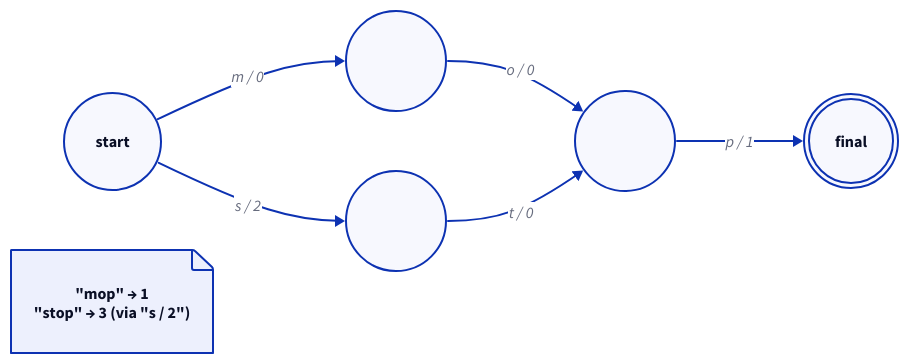
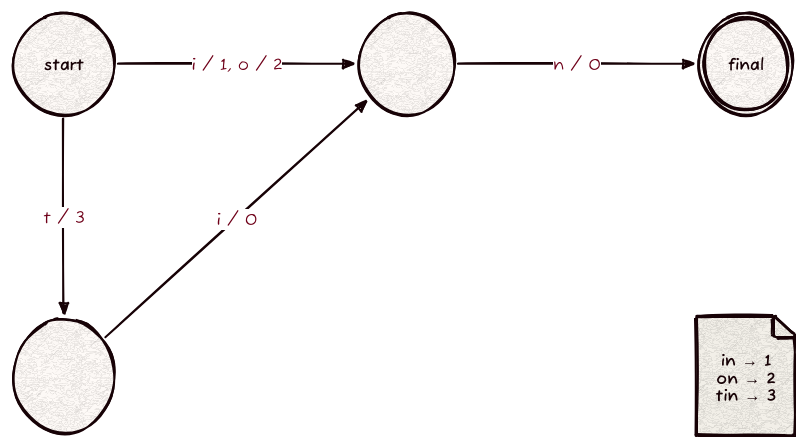
Before and after one commit to Kronuz/fst: the diagram in docs/fst.d2, drawn with D2. The commit also changed 2 other files, not shown here.

Commit message:
Shape the README to the family standard and redraw the diagram [skip ci]
The diagram spelled "stp" for "stop" and was 1313x488. docs/fst.d2
now draws in, on and tin sharing their last state, with the outputs
summing to each value, at 834x475. Intersection ships prefix_automaton
only; the README says other automata are the caller's. The format and
test detail live in ARCHITECTURE.md and AGENTS.md.

```diff
--- a/docs/fst.d2
+++ b/docs/fst.d2
@@ -1,17 +1,22 @@
-# fst: shared prefixes and suffixes; a key's value is the sum of outputs on its path.
+# fst: "in", "on" and "tin" share the suffix "n"; a key's value is the sum of the outputs on its path.
 # Render: d2 --layout elk --sketch --theme 302 docs/fst.d2 docs/fst.svg
-direction: right
-s0: start {shape: circle}
-s1: "" {shape: circle}
-s2: "" {shape: circle}
-s3: "" {shape: circle}
-end: final {shape: circle; style.double-border: true}
-s0 -> s1: "m / 0"
-s0 -> s2: "s / 2"
-s1 -> s3: "o / 0"
-s2 -> s3: "t / 0"
-s3 -> end: "p / 1"
-note: keys {
-  label: "\"mop\" → 1\n\"stop\" → 3 (via \"s / 2\")"
+vars: { d2-config: { layout-engine: elk; theme-id: 302; sketch: true; pad: 24 } }
+grid-rows: 2
+grid-columns: 3
+horizontal-gap: 240
+vertical-gap: 200
+
+start: start {shape: circle}
+n: "" {shape: circle}
+final: final {shape: circle; style.double-border: true}
+t: "" {shape: circle}
+gap: "" {style.opacity: 0}
+keys: "in → 1\non → 2\ntin → 3" {
   shape: page
+  style.fill: "#F4F1EA"
 }
+
+start -> n: "i / 1, o / 2"
+n -> final: "n / 0"
+start -> t: "t / 3"
+t -> n: "i / 0"
```
